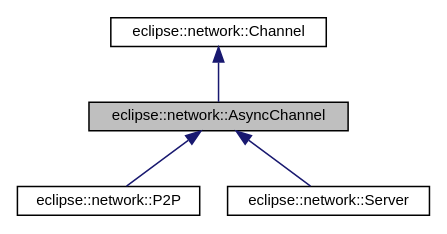
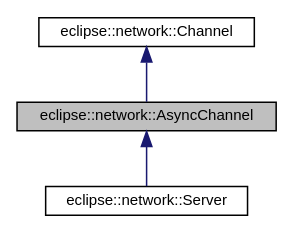
Before and after one commit to DICL/VeloxDFS: the diagram in classeclipse_1_1network_1_1AsyncChannel__inherit__graph.dot, drawn with Graphviz. The commit also changed 307 other files, not shown here.

```diff
--- a/classeclipse_1_1network_1_1AsyncChannel__inherit__graph.dot
+++ b/classeclipse_1_1network_1_1AsyncChannel__inherit__graph.dot
@@ -1,12 +1,10 @@
 digraph G
 {
   edge [fontname="Helvetica",fontsize="10",labelfontname="Helvetica",labelfontsize="10"];
   node [fontname="Helvetica",fontsize="10",shape=record];
   Node1 [label="eclipse::network::AsyncChannel",height=0.2,width=0.4,color="black", fillcolor="grey75", style="filled" fontcolor="black"];
   Node2 -> Node1 [dir="back",color="midnightblue",fontsize="10",style="solid",fontname="Helvetica"];
   Node2 [label="eclipse::network::Channel",height=0.2,width=0.4,color="black", fillcolor="white", style="filled",URL="$classeclipse_1_1network_1_1Channel.html"];
   Node1 -> Node3 [dir="back",color="midnightblue",fontsize="10",style="solid",fontname="Helvetica"];
-  Node3 [label="eclipse::network::P2P",height=0.2,width=0.4,color="black", fillcolor="white", style="filled",URL="$classeclipse_1_1network_1_1P2P.html"];
-  Node1 -> Node4 [dir="back",color="midnightblue",fontsize="10",style="solid",fontname="Helvetica"];
-  Node4 [label="eclipse::network::Server",height=0.2,width=0.4,color="black", fillcolor="white", style="filled",URL="$classeclipse_1_1network_1_1Server.html"];
+  Node3 [label="eclipse::network::Server",height=0.2,width=0.4,color="black", fillcolor="white", style="filled",URL="$classeclipse_1_1network_1_1Server.html"];
 }
```
